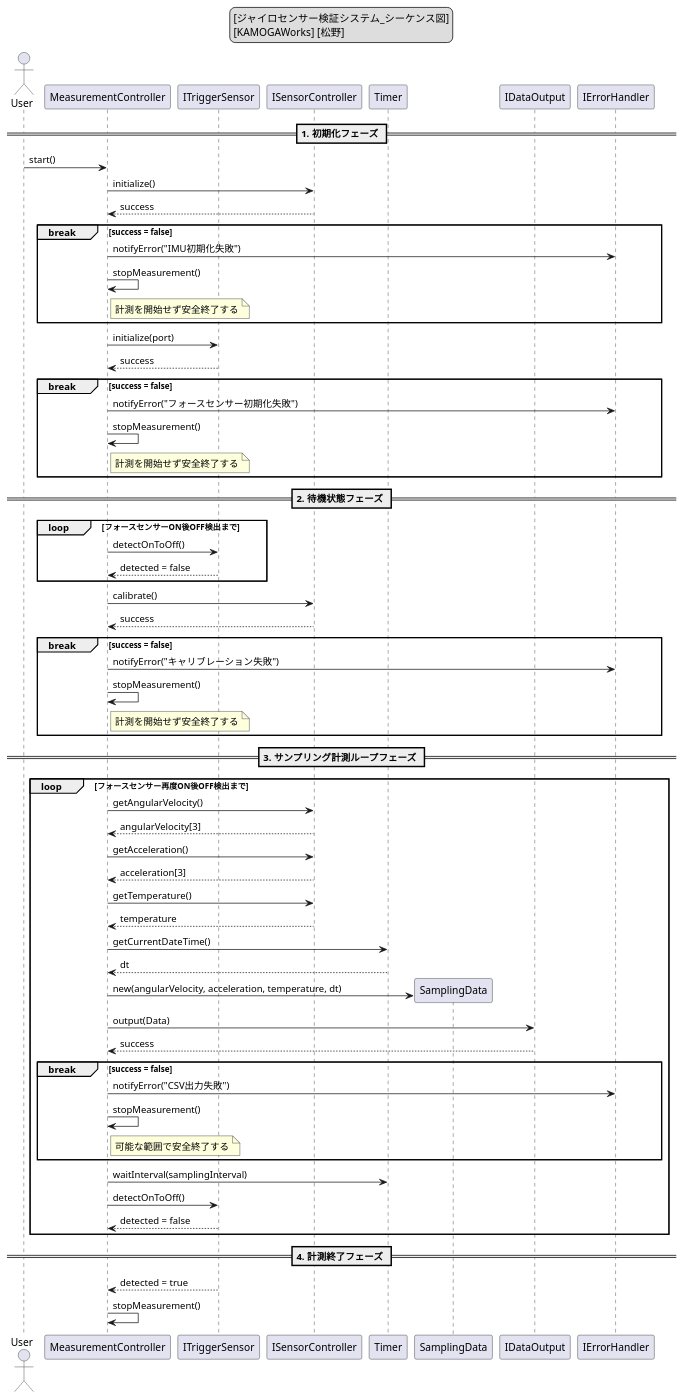
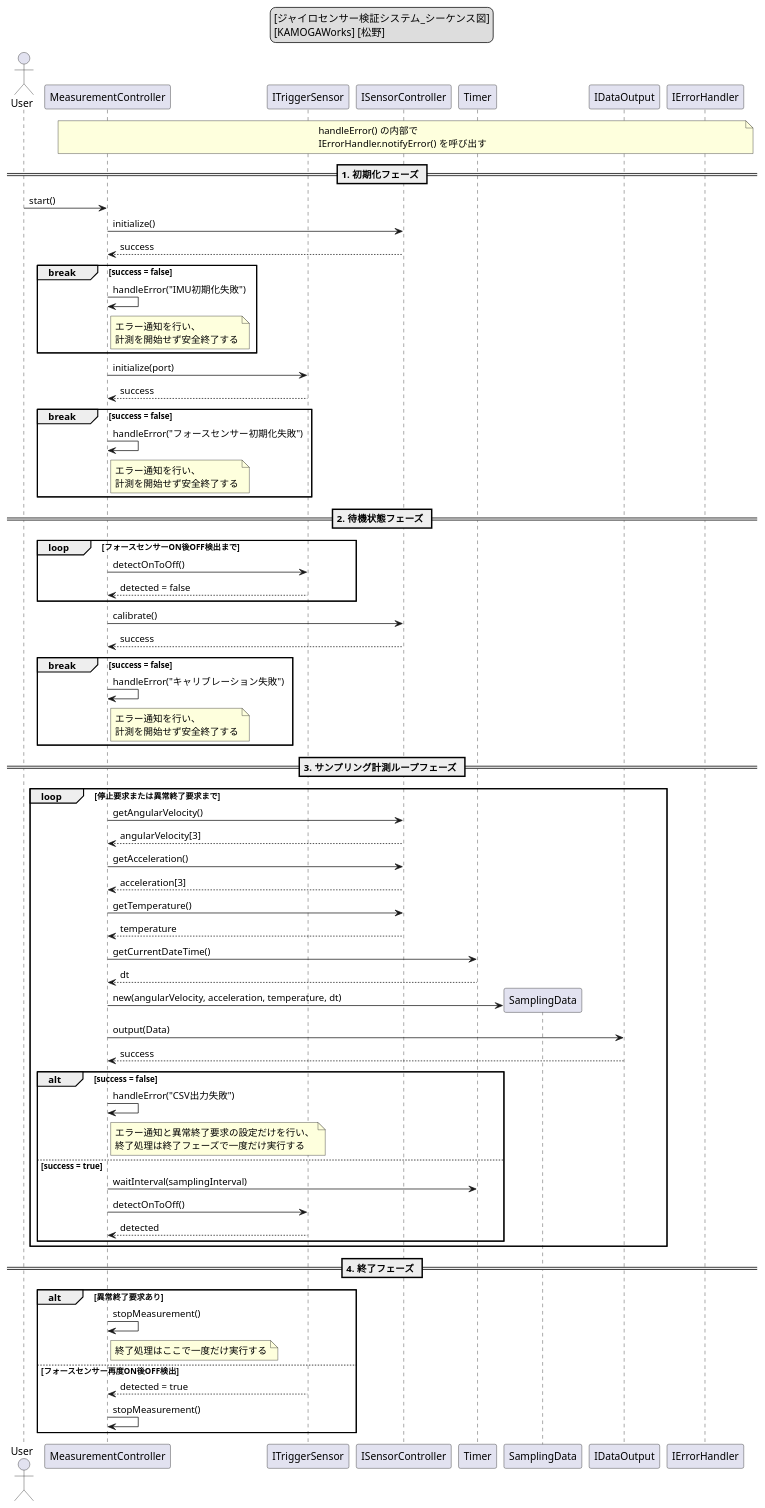
Before and after one commit to Matsuno0412/Gyro-sensor-System: the diagram in UML/ジャイロセンサー検証システム_シーケンス図.puml, drawn with PlantUML. The commit also changed 9 other files, not shown here.

```diff
--- a/UML/ジャイロセンサー検証システム_シーケンス図.puml
+++ b/UML/ジャイロセンサー検証システム_シーケンス図.puml
@@ -1,149 +1,160 @@
 @startuml ジャイロセンサー検証システム_シーケンス図
 
 legend top
 [ジャイロセンサー検証システム_シーケンス図]
 [KAMOGAWorks] [松野]
 endlegend
 
 actor User
 
 ' クラス図の依存関係に準拠したライフライン定義
 participant "MeasurementController" as MC
 participant "ITriggerSensor" as FS
 participant "ISensorController" as Sensor
 participant "Timer" as Timer
 participant "SamplingData" as Data
 participant "IDataOutput" as Output
 participant "IErrorHandler" as Error
 
+note over MC, Error
+  handleError() の内部で
+  IErrorHandler.notifyError() を呼び出す
+end note
+
 ' =========================================================
 ' 1. 初期化フェーズ
 ' =========================================================
 == 1. 初期化フェーズ ==
 
 ' 開発者がシステムを起動。MeasurementControllerが制御を開始する。
 User -> MC : start()
 
 ' ISensorControllerインターフェースを介してIMUを初期化。
 ' 実装クラス(GyroSensorController)のSPIKE-RT API依存を隠蔽する。
 MC -> Sensor : initialize()
 Sensor --> MC : success
 
 break success = false
-    MC -> Error : notifyError("IMU初期化失敗")
-    MC -> MC : stopMeasurement()
+    MC -> MC : handleError("IMU初期化失敗")
     note right of MC
+      エラー通知を行い、
       計測を開始せず安全終了する
     end note
 end
 
 ' ITriggerSensorインターフェースを介してフォースセンサーを初期化。
 MC -> FS : initialize(port)
 FS --> MC : success
 
 break success = false
-    MC -> Error : notifyError("フォースセンサー初期化失敗")
-    MC -> MC : stopMeasurement()
+    MC -> MC : handleError("フォースセンサー初期化失敗")
     note right of MC
+      エラー通知を行い、
       計測を開始せず安全終了する
     end note
 end
 
 ' =========================================================
 ' 2. 待機状態フェーズ
 ' =========================================================
 == 2. 待機状態フェーズ ==
 
 ' 内部メソッド waitForTrigger() の処理に対応。
 ' フォースセンサーがON後OFFになるまでブロッキング（またはループ監視）する。
 loop フォースセンサーON後OFF検出まで
     MC -> FS : detectOnToOff()
     FS --> MC : detected = false
 end
 
 ' 計測開始トリガーを検知したため、
 ' 計測開始前に静止状態でキャリブレーションを実行する。
+' 専用APIではなく、静止状態の基準値をゼロ点補正用として保持する。
 MC -> Sensor : calibrate()
 Sensor --> MC : success
 
 break success = false
-    MC -> Error : notifyError("キャリブレーション失敗")
-    MC -> MC : stopMeasurement()
+    MC -> MC : handleError("キャリブレーション失敗")
     note right of MC
+      エラー通知を行い、
       計測を開始せず安全終了する
     end note
 end
 
 ' =========================================================
 ' 3. サンプリング計測ループフェーズ
 ' =========================================================
 == 3. サンプリング計測ループフェーズ ==
 
 ' 内部メソッド runMeasurementLoop() の処理に対応。
 ' フォースセンサーが再度ON後OFFになるまで、
 ' samplingInterval に基づく周期でリアルタイム処理を行う。
-loop フォースセンサー再度ON後OFF検出まで
+loop 停止要求または異常終了要求まで
 
     ' --- センサーデータ取得 ---
     ' 各種SPIKE-RT IMU APIから生データを取得する。
     ' 異常値が含まれても除外や補正は行わない。
 
     MC -> Sensor : getAngularVelocity()
     Sensor --> MC : angularVelocity[3]
 
     MC -> Sensor : getAcceleration()
     Sensor --> MC : acceleration[3]
 
     MC -> Sensor : getTemperature()
     Sensor --> MC : temperature
 
     ' --- 時刻情報の取得 ---
     ' CSVの1項目目(datetime)となる現在日時をTimerクラスから取得。
     MC -> Timer : getCurrentDateTime()
     Timer --> MC : dt
 
     ' --- データカプセル化 ---
     ' 1回分のサンプリング結果を保持する使い捨てのデータオブジェクトを生成。
     ' システム側でのノイズ除去や温度補正は行わず、生データをそのまま格納する。
     create Data
     MC -> Data : new(angularVelocity, acceleration, temperature, dt)
 
     ' --- リアルタイム出力 ---
     ' IDataOutputインターフェースを介してデータを出力。
     ' 実装クラス(CsvDataOutput)が標準出力へCSV形式でリアルタイム表示を行う。
     MC -> Output : output(Data)
     Output --> MC : success
 
-    break success = false
-        MC -> Error : notifyError("CSV出力失敗")
-        MC -> MC : stopMeasurement()
+    alt success = false
+        MC -> MC : handleError("CSV出力失敗")
         note right of MC
-          可能な範囲で安全終了する
+          エラー通知と異常終了要求の設定だけを行い、
+          終了処理は終了フェーズで一度だけ実行する
         end note
+    else success = true
+        ' --- 周期制御 ---
+        ' samplingInterval に基づき次回サンプリングまで待機する。
+        ' 100ms周期を超過しても異常終了せず、取得できたデータの出力を継続する。
+        MC -> Timer : waitInterval(samplingInterval)
+
+        ' --- 継続判定 ---
+        ' ループ終端で再度フォースセンサー状態を確認する。
+        MC -> FS : detectOnToOff()
+        FS --> MC : detected
     end
-
-    ' --- 周期制御 ---
-    ' samplingInterval に基づき次回サンプリングまで待機する。
-    ' 100ms周期を超過しても異常終了せず、取得できたデータの出力を継続する。
-    MC -> Timer : waitInterval(samplingInterval)
-
-    ' --- 継続判定 ---
-    ' ループ終端で再度フォースセンサー状態を確認する。
-    MC -> FS : detectOnToOff()
-    FS --> MC : detected = false
 
 end
 
 ' =========================================================
-' 4. 計測終了フェーズ
+' 4. 終了フェーズ
 ' =========================================================
-== 4. 計測終了フェーズ ==
+== 4. 終了フェーズ ==
 
-' フォースセンサー再度ON後OFFを検知したため計測終了。
-FS --> MC : detected = true
-
-' stopMeasurement() を呼び出し、
-' 内部状態(isMeasuring)更新などの終了処理を実施する。
-MC -> MC : stopMeasurement()
+alt 異常終了要求あり
+    ' CSV出力失敗などを検知したため安全終了する。
+    MC -> MC : stopMeasurement()
+    note right of MC
+      終了処理はここで一度だけ実行する
+    end note
+else フォースセンサー再度ON後OFF検出
+    ' フォースセンサー再度ON後OFFを検知したため計測終了。
+    FS --> MC : detected = true
+    MC -> MC : stopMeasurement()
+end
 
 @enduml
```
